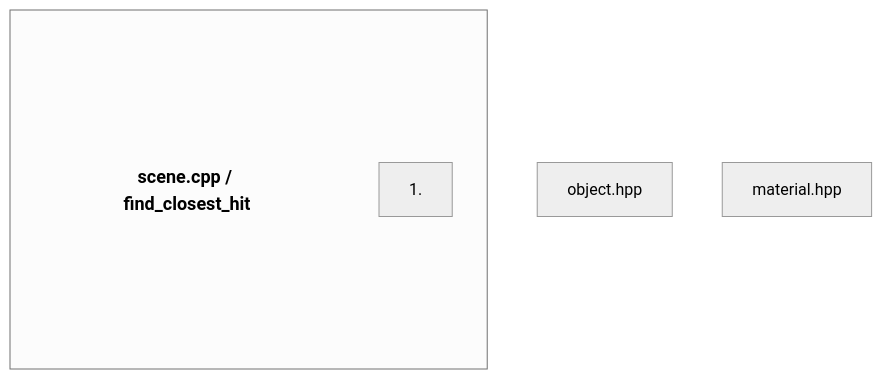
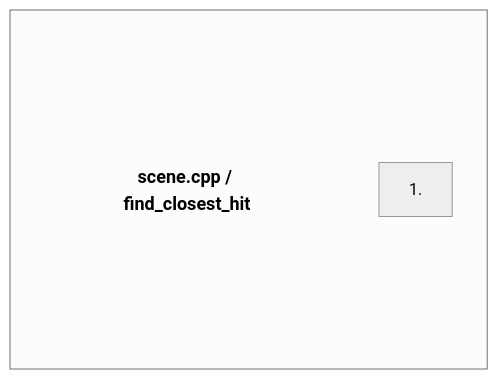
One commit to koretty/raytracing-engine changed the third of 3 diagrams in docs/architecture.md. Above: the diagram before and after it, drawn with Mermaid (neutral theme).

````diff
--- a/docs/architecture.md
+++ b/docs/architecture.md
@@ -83,19 +83,17 @@
 ```mermaid
 graph TD
-    Object["object.hpp"]
-    Material["material.hpp"]
-
+    
     subgraph MainContainer [" "]
         direction TB
 
         Title{"scene.cpp / find_closest_hit"}
         style Title fill:none,stroke:none,font-size:18px,font-weight:bold
 
         Step1["1. "]
     
     end
 
 
     
 
 ```
````
